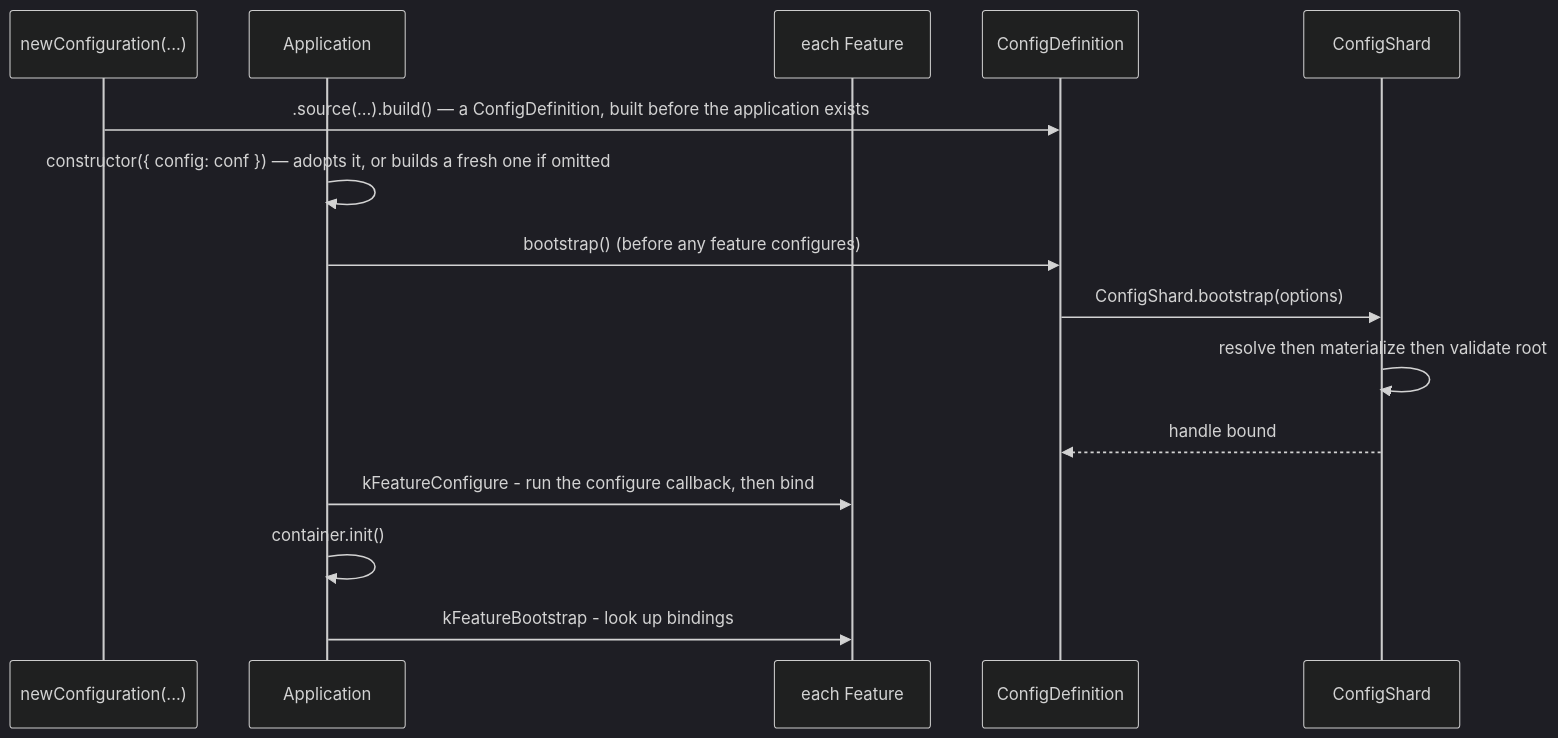
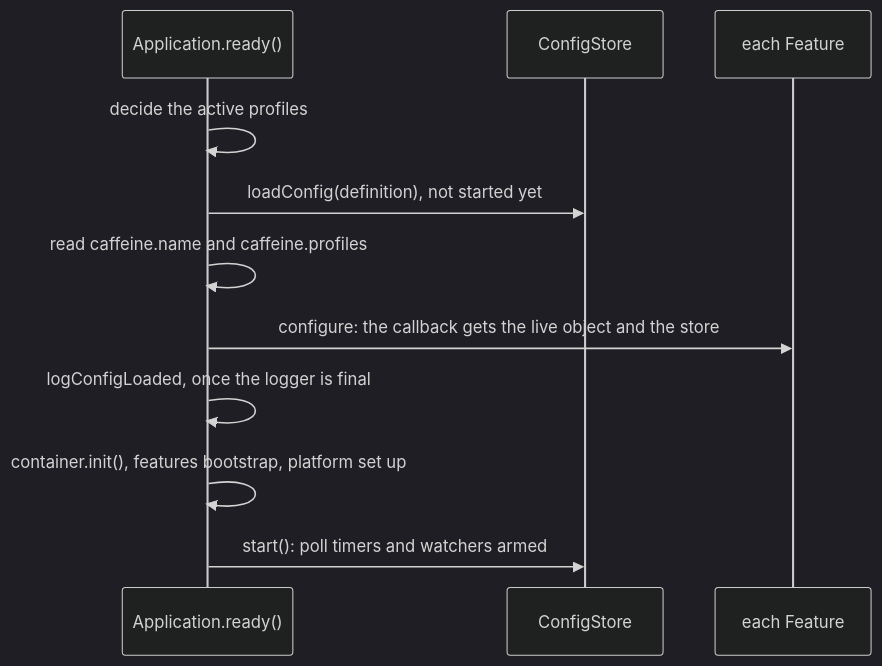
One commit to caffeinejs/caffeine changed the second of 2 diagrams in std/config/README.md. Above: the diagram before and after it, drawn with Mermaid (dark theme). The commit also changed other lines of this file and 182 other files, not shown here.

````diff
--- a/std/config/README.md
+++ b/std/config/README.md
@@ -280,17 +272,13 @@
 ```mermaid
 sequenceDiagram
-  participant Conf as newConfiguration(...)
-  participant App as Application
+  participant App as Application.ready()
+  participant Store as ConfigStore
   participant Feat as each Feature
-  participant Def as ConfigDefinition
-  participant Shard as ConfigShard
-  Conf->>Def: .source(...).build() — a ConfigDefinition, built before the application exists
-  App->>App: constructor({ config: conf }) — adopts it, or builds a fresh one if omitted
-  App->>Def: bootstrap() (before any feature configures)
-  Def->>Shard: ConfigShard.bootstrap(options)
-  Shard->>Shard: resolve then materialize then validate root
-  Shard-->>Def: handle bound
-  App->>Feat: kFeatureConfigure - run the configure callback, then bind
-  App->>App: container.init()
-  App->>Feat: kFeatureBootstrap - look up bindings
+  App->>App: decide the active profiles
+  App->>Store: loadConfig(definition), not started yet
+  App->>App: read caffeine.name and caffeine.profiles
+  App->>Feat: configure: the callback gets the live object and the store
+  App->>App: logConfigLoaded, once the logger is final
+  App->>App: container.init(), features bootstrap, platform set up
+  App->>Store: start(): poll timers and watchers armed
 ```
````
